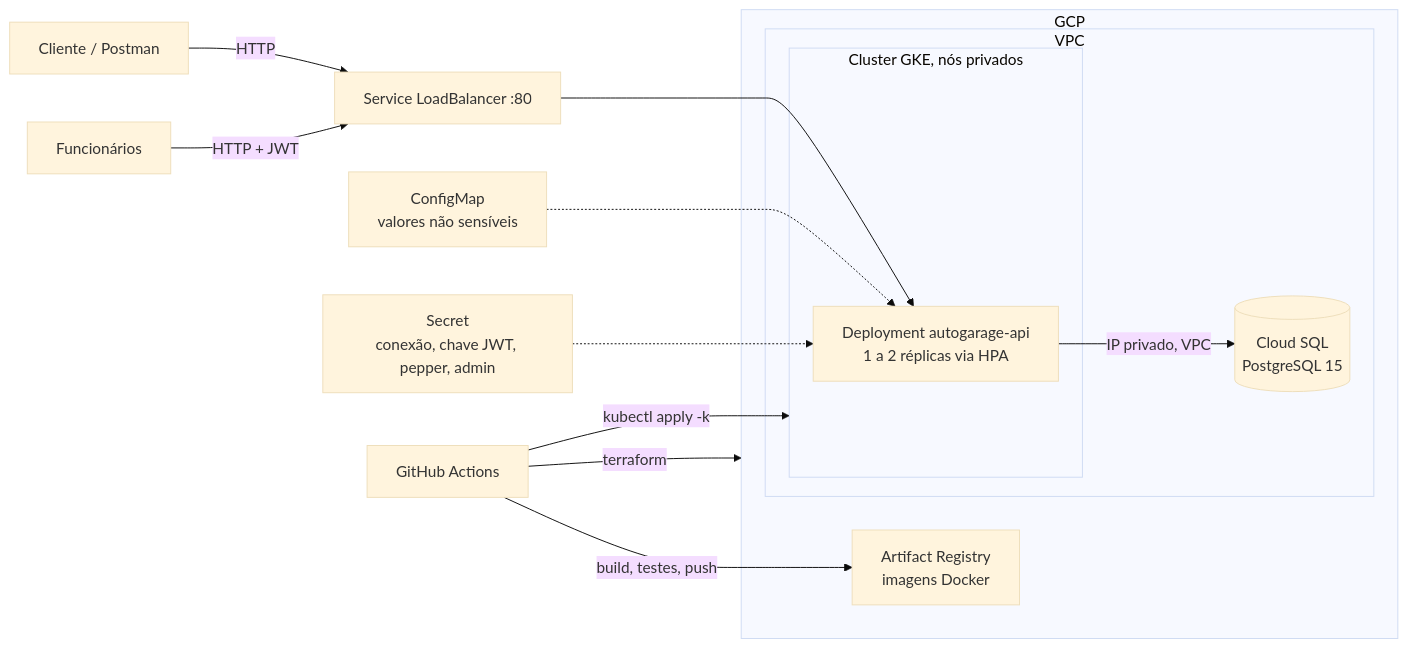
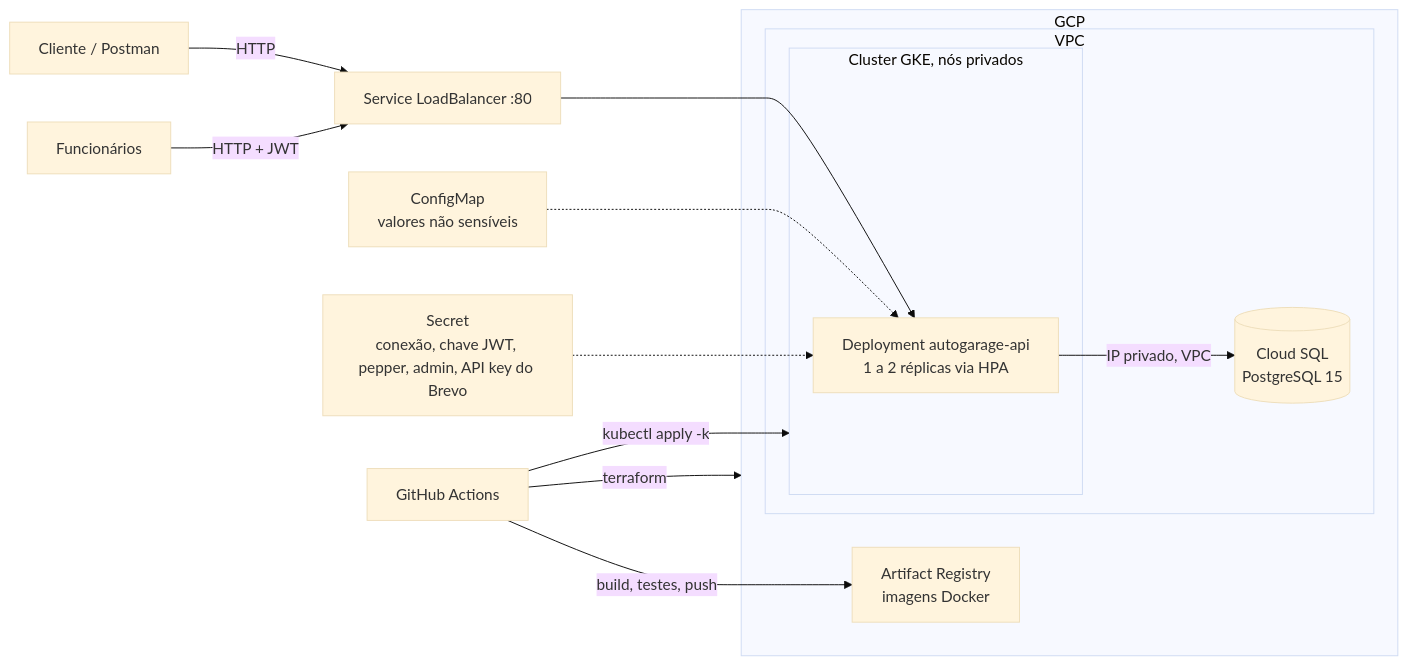
Before and after one commit to alysonGuimaraes/oficina-mecanica-api: the diagram in README.md, drawn with Mermaid (base theme). The commit also changed other lines of this file and 6 other files, not shown here.

Commit message:
ci(release): configure Brevo API key and sender for production

````diff
--- a/README.md
+++ b/README.md
@@ -53,23 +53,23 @@
 ```mermaid
 flowchart LR
     Cliente[Cliente / Postman] -->|HTTP| LB[Service LoadBalancer :80]
     Func[Funcionários] -->|HTTP + JWT| LB
     LB --> Pods[Deployment autogarage-api<br/>1 a 2 réplicas via HPA]
     Pods -->|IP privado, VPC| SQL[(Cloud SQL<br/>PostgreSQL 15)]
     CM[ConfigMap<br/>valores não sensíveis] -.-> Pods
-    SEC[Secret<br/>conexão, chave JWT, pepper, admin] -.-> Pods
+    SEC[Secret<br/>conexão, chave JWT, pepper, admin, API key do Brevo] -.-> Pods
 
     subgraph GCP
         subgraph VPC
             subgraph GKE[Cluster GKE, nós privados]
                 Pods
             end
             SQL
         end
         AR[Artifact Registry<br/>imagens Docker]
     end
 
     GH[GitHub Actions] -->|build, testes, push| AR
     GH -->|kubectl apply -k| GKE
     GH -->|terraform| GCP
 ```
````
